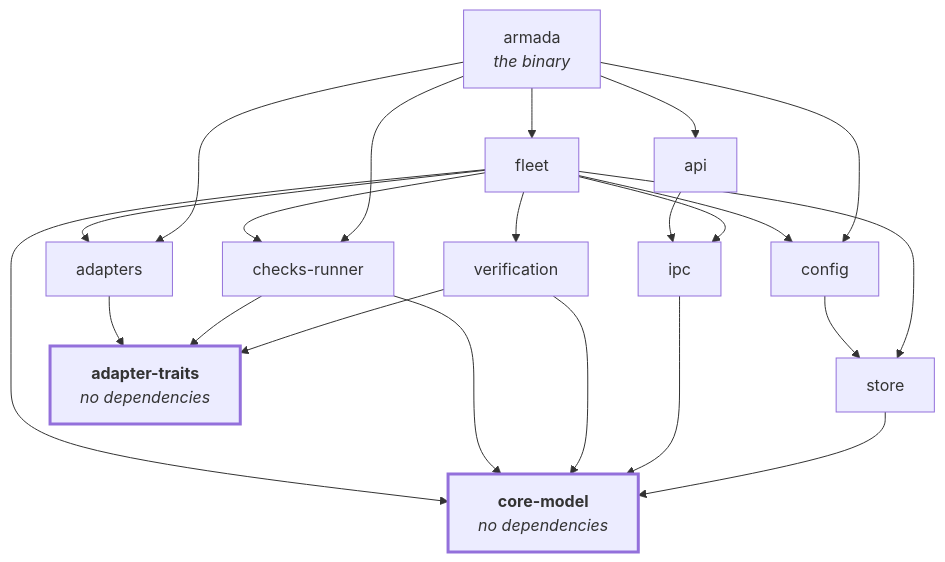
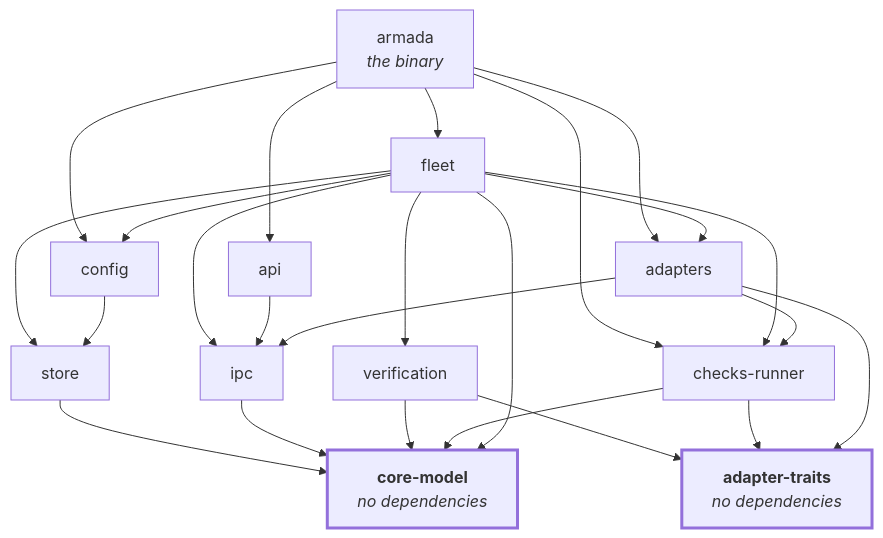
The second of 3 diagrams in ARCHITECTURE.md (Mele-Labs/armada), drawn with Mermaid before and after one commit. The commit also changed 5 other files, not shown here.

````diff
--- a/ARCHITECTURE.md
+++ b/ARCHITECTURE.md
@@ -63,29 +63,31 @@
 ```mermaid
 flowchart TD
     bin["armada<br/><i>the binary</i>"] --> fleet
     bin --> api
     bin --> config
     bin --> checks
     bin --> adapters
     fleet --> store
     fleet --> config
     fleet --> ipc
     fleet --> verification
     fleet --> checks["checks-runner"]
     fleet --> adapters
     api --> ipc
     config --> store
     store --> cm
     ipc --> cm
     verification --> cm
     verification --> at
     checks --> cm
     checks --> at
     adapters --> at
+    adapters --> checks
+    adapters --> ipc
     fleet --> cm
     cm["<b>core-model</b><br/><i>no dependencies</i>"]
     at["<b>adapter-traits</b><br/><i>no dependencies</i>"]
 
     style cm stroke-width:3px
     style at stroke-width:3px
 ```
````
